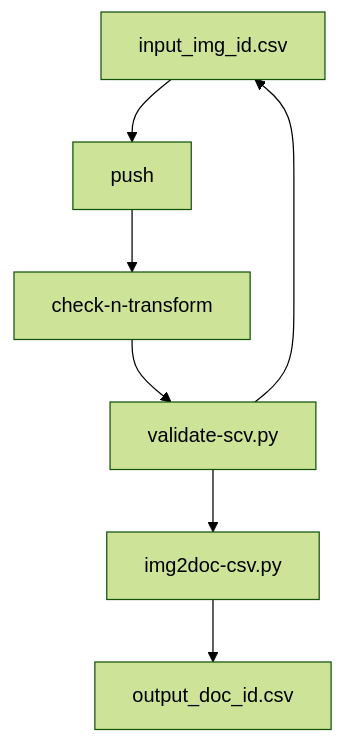
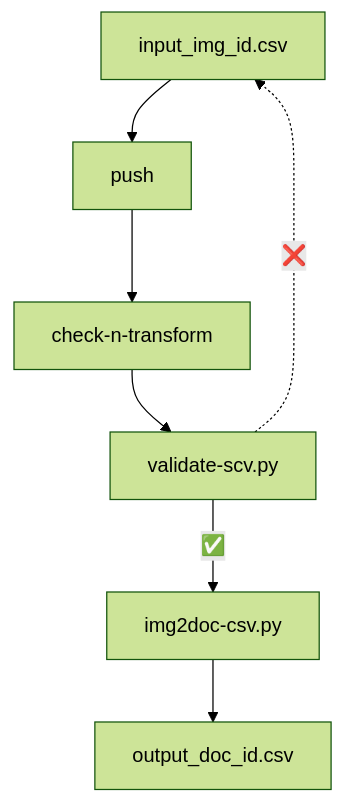
The diagram in README.md (auden-in-austria-digital/aad-data), drawn with Mermaid (forest theme) before and after one commit.

````diff
--- a/README.md
+++ b/README.md
@@ -16,9 +16,9 @@
 ```mermaid
 graph TD;
     input_img_id.csv-->push;
     push-->check-n-transform;
     check-n-transform-->validate-scv.py;
-    validate-scv.py-->img2doc-csv.py;
+    validate-scv.py-->|#9989;| img2doc-csv.py;
     img2doc-csv.py-->output_doc_id.csv;
-    validate-scv.py-->input_img_id.csv;
+    validate-scv.py-. #10060; .->input_img_id.csv;
 ```
````
